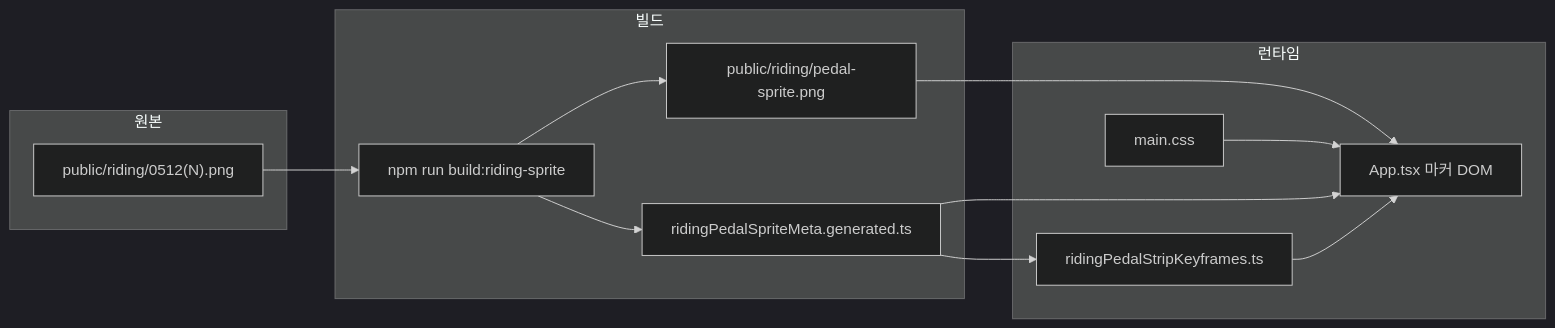
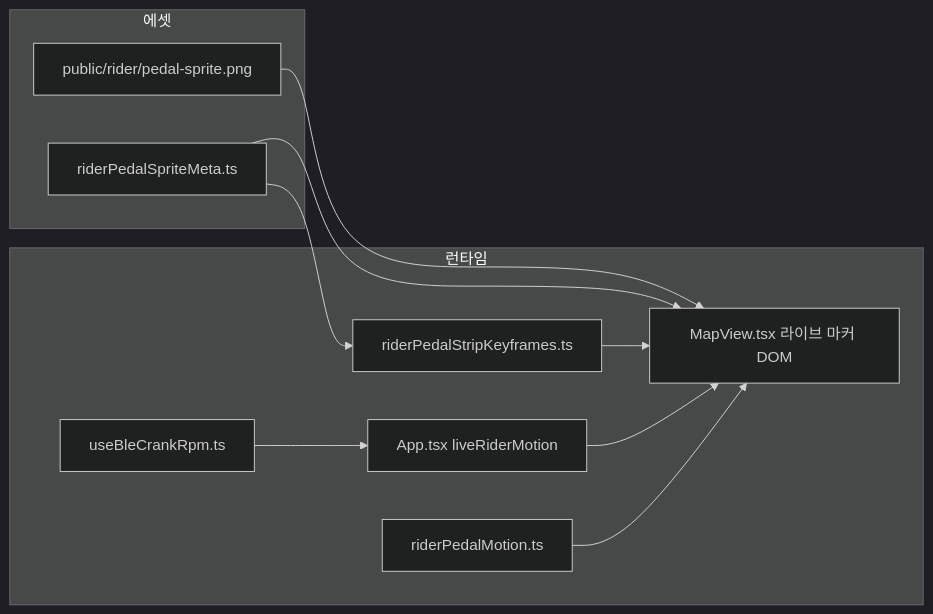
The diagram in document/260512-(cycle)주행_마커_라이더_애니메이션_작업_과정_및_로직_보고서.md (parkstery/boxcycle), drawn with Mermaid (dark theme) before and after one commit. The commit also changed other lines of this file and 68 other files, not shown here.

First line of the commit message:
feat(web): map-first HUD, peer DOM markers, route-snapped live position

````diff
--- a/document/260512-(cycle)주행_마커_라이더_애니메이션_작업_과정_및_로직_보고서.md
+++ b/document/260512-(cycle)주행_마커_라이더_애니메이션_작업_과정_및_로직_보고서.md
@@ -19,24 +34,21 @@
 ```mermaid
 flowchart LR
-  subgraph sources [원본]
-    F1["public/riding/0512(N).png"]
-  end
-  subgraph build [빌드]
-    S["npm run build:riding-sprite"]
-    M["ridingPedalSpriteMeta.generated.ts"]
-    P["public/riding/pedal-sprite.png"]
+  subgraph assets [에셋]
+    P["public/rider/pedal-sprite.png"]
+    M["riderPedalSpriteMeta.ts"]
   end
   subgraph runtime [런타임]
-    A["App.tsx 마커 DOM"]
-    K["ridingPedalStripKeyframes.ts"]
-    C["main.css"]
+    K["riderPedalStripKeyframes.ts"]
+    MV["MapView.tsx 라이브 마커 DOM"]
+    RM["riderPedalMotion.ts"]
+    APP["App.tsx liveRiderMotion"]
+    BLE["useBleCrankRpm.ts"]
   end
-  F1 --> S
-  S --> P
-  S --> M
-  M --> A
+  P --> MV
   M --> K
-  P --> A
-  K --> A
-  C --> A
+  M --> MV
+  K --> MV
+  APP --> MV
+  BLE --> APP
+  RM --> MV
 ```
````
